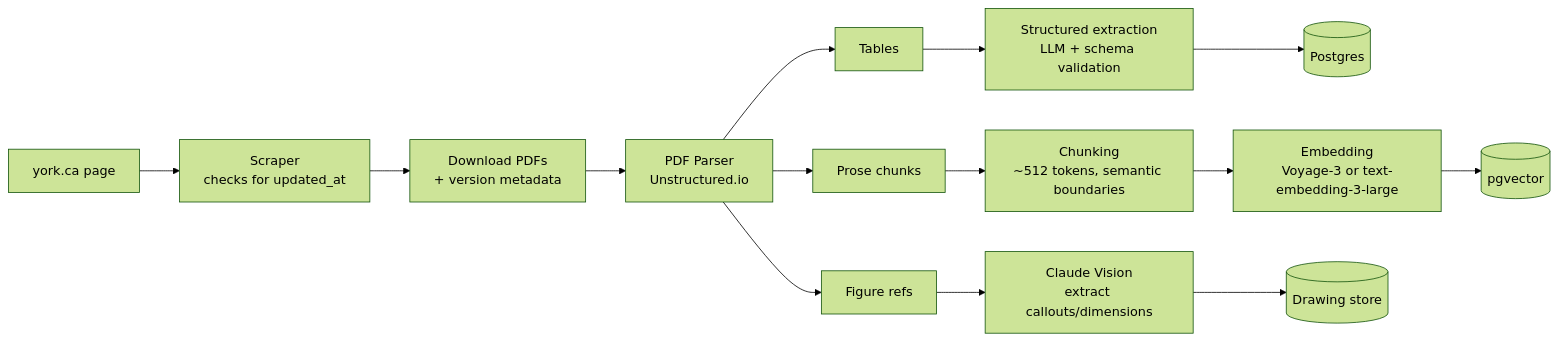
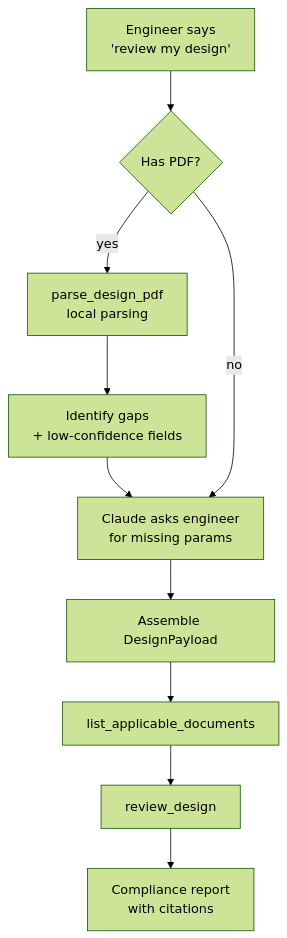
Before and after one commit to FrankZhaoYX/civil_eng_agent: the second of 2 diagrams in ARCHITECTURE.md, drawn with Mermaid (forest theme). The commit also changed other lines of this file and 40 other files, not shown here.

````diff
--- a/ARCHITECTURE.md
+++ b/ARCHITECTURE.md
@@ -174,16 +536,22 @@
 ```mermaid
-flowchart LR
-  A[york.ca page] --> B[Scraper<br/>checks for updated_at]
-  B --> C[Download PDFs<br/>+ version metadata]
-  C --> D[PDF Parser<br/>Unstructured.io]
-  D --> E1[Prose chunks]
-  D --> E2[Tables]
-  D --> E3[Figure refs]
-  E3 --> F[Claude Vision<br/>extract callouts/dimensions]
-  E2 --> G[Structured extraction<br/>LLM + schema validation]
-  G --> SS[(Postgres)]
-  E1 --> H[Chunking<br/>~512 tokens, semantic boundaries]
-  H --> I[Embedding<br/>Voyage-3 or text-embedding-3-large]
-  I --> VS[(pgvector)]
-  F --> DS[(Drawing store)]
+flowchart TB
+  START[Engineer says<br/>'review my design']
+  ASK{Has PDF?}
+  PDF[parse_design_pdf<br/>local parsing]
+  GAPS[Identify gaps<br/>+ low-confidence fields]
+  INTERACT[Claude asks engineer<br/>for missing params]
+  PAYLOAD[Assemble DesignPayload]
+  SCOPE[list_applicable_documents]
+  RULES[review_design]
+  REPORT[Compliance report<br/>with citations]
+
+  START --> ASK
+  ASK -->|yes| PDF
+  PDF --> GAPS
+  GAPS --> INTERACT
+  ASK -->|no| INTERACT
+  INTERACT --> PAYLOAD
+  PAYLOAD --> SCOPE
+  SCOPE --> RULES
+  RULES --> REPORT
 ```
````
